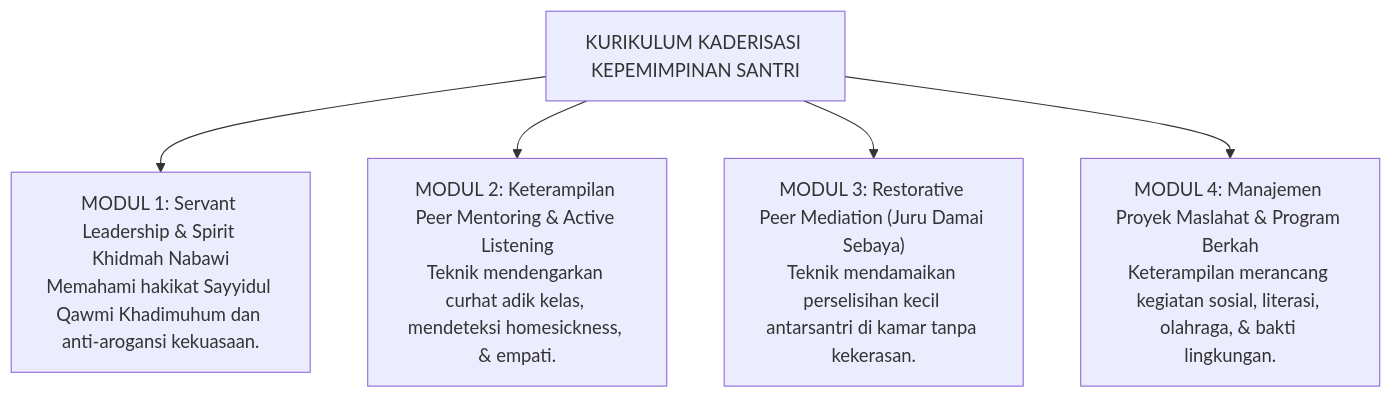
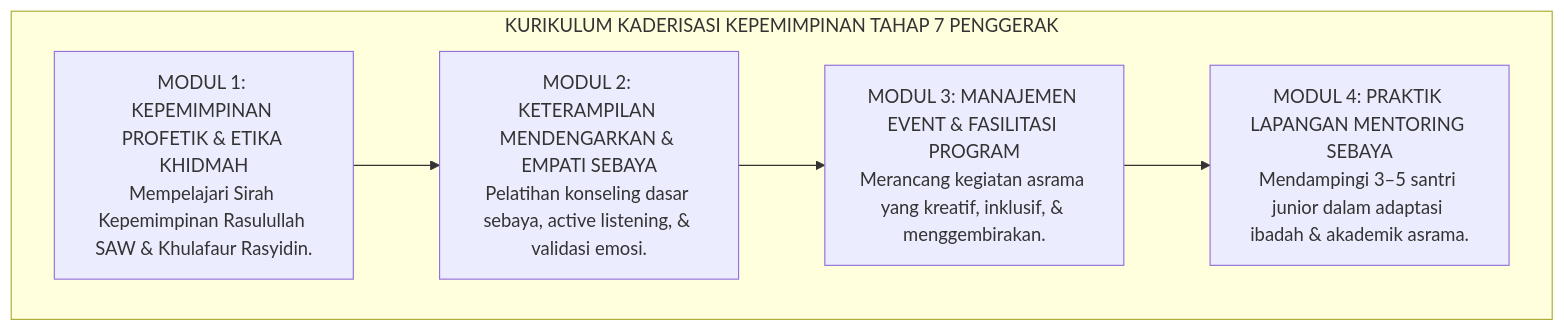
The fifth of 7 diagrams in 01 Philosophy/05 Leadership/P1-05-03-Kaderisasi-dan-Kepemimpinan-Santri.md (wandiapriliyandi/tumbuh), drawn with Mermaid before and after one commit. The commit also changed other lines of this file and 31 other files, not shown here.

````diff
--- a/01 Philosophy/05 Leadership/P1-05-03-Kaderisasi-dan-Kepemimpinan-Santri.md
+++ b/01 Philosophy/05 Leadership/P1-05-03-Kaderisasi-dan-Kepemimpinan-Santri.md
@@ -57,12 +149,14 @@
 ```mermaid
 graph TD
-    Kaderisasi["KURIKULUM KADERISASI KEPEMIMPINAN SANTRI"]
-    
-    Kaderisasi --> M1["MODUL 1: Servant Leadership & Spirit Khidmah Nabawi<br/>Memahami hakikat Sayyidul Qawmi Khadimuhum dan anti-arogansi kekuasaan."]
-    
-    Kaderisasi --> M2["MODUL 2: Keterampilan Peer Mentoring & Active Listening<br/>Teknik mendengarkan curhat adik kelas, mendeteksi homesickness, & empati."]
-    
-    Kaderisasi --> M3["MODUL 3: Restorative Peer Mediation (Juru Damai Sebaya)<br/>Teknik mendamaikan perselisihan kecil antarsantri di kamar tanpa kekerasan."]
-    
-    Kaderisasi --> M4["MODUL 4: Manajemen Proyek Maslahat & Program Berkah<br/>Keterampilan merancang kegiatan sosial, literasi, olahraga, & bakti lingkungan."]
+    subgraph KurikulumKaderisasiTahap7["KURIKULUM KADERISASI KEPEMIMPINAN TAHAP 7 PENGGERAK"]
+        M1["MODUL 1: KEPEMIMPINAN PROFETIK & ETIKA KHIDMAH<br/>Mempelajari Sirah Kepemimpinan Rasulullah SAW & Khulafaur Rasyidin."]
+        
+        M2["MODUL 2: KETERAMPILAN MENDENGARKAN & EMPATI SEBAYA<br/>Pelatihan konseling dasar sebaya, active listening, & validasi emosi."]
+        
+        M3["MODUL 3: MANAJEMEN EVENT & FASILITASI PROGRAM<br/>Merancang kegiatan asrama yang kreatif, inklusif, & menggembirakan."]
+        
+        M4["MODUL 4: PRAKTIK LAPANGAN MENTORING SEBAYA<br/>Mendampingi 3–5 santri junior dalam adaptasi ibadah & akademik asrama."]
+        
+        M1 --> M2 --> M3 --> M4
+    end
 ```
````
